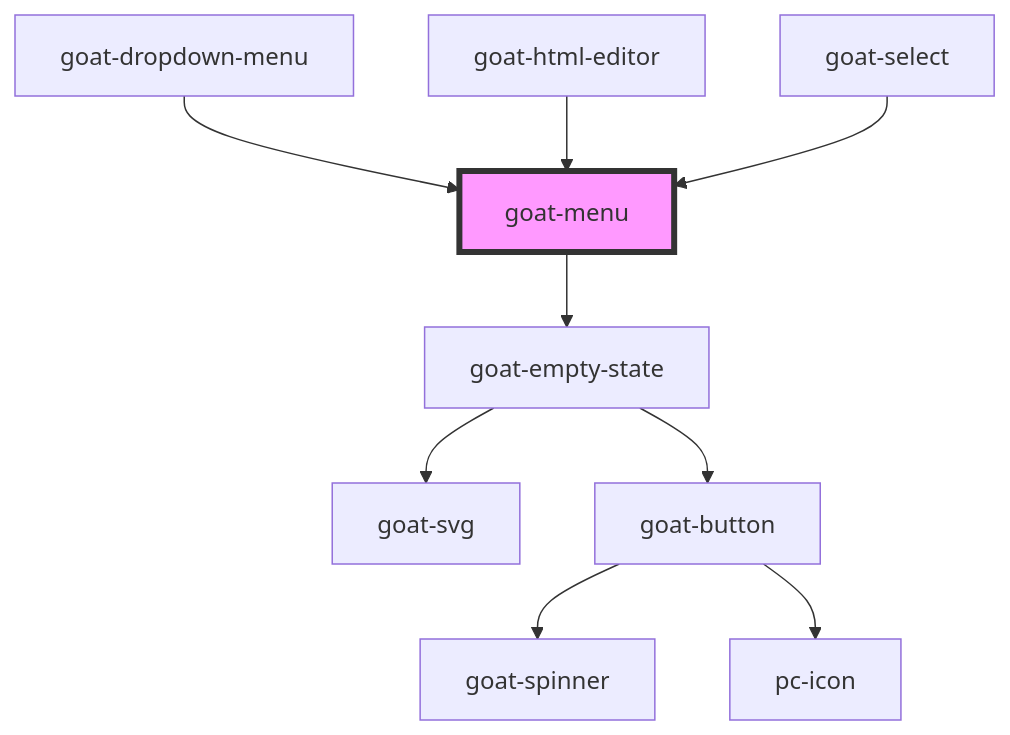
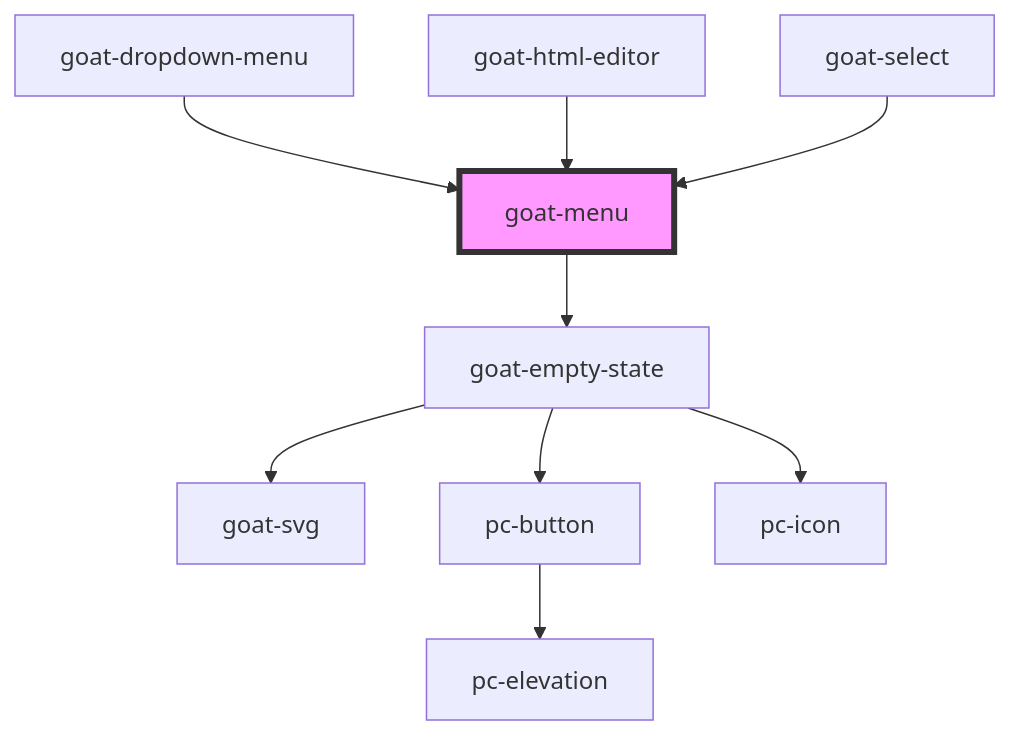
Before and after one commit to redvars/peacock: the diagram in src/components/menu/menu/readme.md, drawn with Mermaid. The commit also changed 280 other files, not shown here.

````diff
--- a/src/components/menu/menu/readme.md
+++ b/src/components/menu/menu/readme.md
@@ -48,12 +48,12 @@
 ```mermaid
 graph TD;
   goat-menu --> goat-empty-state
   goat-empty-state --> goat-svg
-  goat-empty-state --> goat-button
-  goat-button --> goat-spinner
-  goat-button --> pc-icon
+  goat-empty-state --> pc-button
+  goat-empty-state --> pc-icon
+  pc-button --> pc-elevation
   goat-dropdown-menu --> goat-menu
   goat-html-editor --> goat-menu
   goat-select --> goat-menu
   style goat-menu fill:#f9f,stroke:#333,stroke-width:4px
 ```
````
